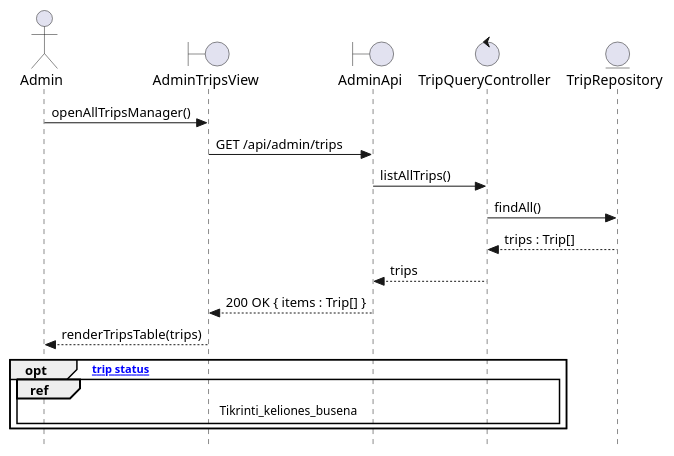
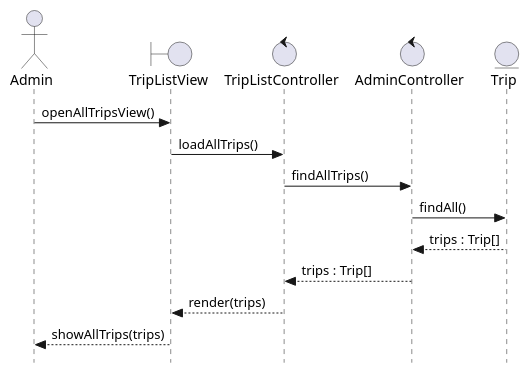
One commit to SauliusDev/ps-projektas changed the diagram in _refs/diagrams-new-quick/sequence/administratoriaus_posisteme/Perziureti_visas_keliones.puml. Above: the diagram before and after it, drawn with PlantUML. The commit also changed 86 other files, not shown here.

First line of the commit message:
feat: rewrite P2 sequence/package diagrams with proper BCE components

```diff
--- a/_refs/diagrams-new-quick/sequence/administratoriaus_posisteme/Perziureti_visas_keliones.puml
+++ b/_refs/diagrams-new-quick/sequence/administratoriaus_posisteme/Perziureti_visas_keliones.puml
@@ -1,22 +1,18 @@
 @startuml Perziureti_visas_keliones
 skinparam style strictuml
 
 actor Admin as A
-boundary AdminTripsView as V
-boundary AdminApi as API
-control TripQueryController as C
-entity TripRepository as R
+boundary TripListView as V
+control TripListController as FEC
+control AdminController as BEC
+entity Trip as E
 
-A -> V : openAllTripsManager()
-V -> API : GET /api/admin/trips
-API -> C : listAllTrips()
-C -> R : findAll()
-R --> C : trips : Trip[]
-C --> API : trips
-API --> V : 200 OK { items : Trip[] }
-V --> A : renderTripsTable(trips)
-
-opt [inspect trip status]
-  ref over A, V, API, C : Tikrinti_keliones_busena
-end
+A -> V : openAllTripsView()
+V -> FEC : loadAllTrips()
+FEC -> BEC : findAllTrips()
+BEC -> E : findAll()
+E --> BEC : trips : Trip[]
+BEC --> FEC : trips : Trip[]
+FEC --> V : render(trips)
+V --> A : showAllTrips(trips)
 @enduml
```
